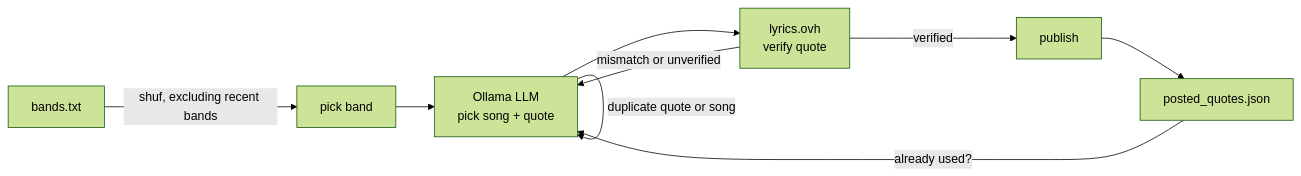
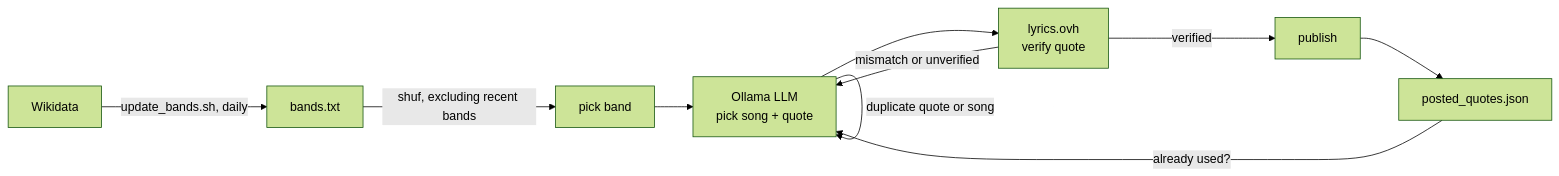
One commit to schmidt-software/song-quote-bot changed the diagram in README.md. Above: the diagram before and after it, drawn with Mermaid (forest theme). The commit also changed other lines of this file and 2 other files, not shown here.

First line of the commit message:
Auto-generate bands.txt from Wikidata instead of hand-maintaining it (#13)

````diff
--- a/README.md
+++ b/README.md
@@ -18,11 +18,12 @@
 ```mermaid
 flowchart LR
-    A[bands.txt] -->|shuf, excluding recent bands| B[pick band]
+    W[Wikidata] -->|update_bands.sh, daily| A[bands.txt]
+    A -->|shuf, excluding recent bands| B[pick band]
     B --> C[Ollama LLM<br/>pick song + quote]
     D[posted_quotes.json] -->|already used?| C
     C -->|duplicate quote or song| C
     C --> L[lyrics.ovh<br/>verify quote]
     L -->|mismatch or unverified| C
     L -->|verified| E[publish]
     E --> D
 ```
````
